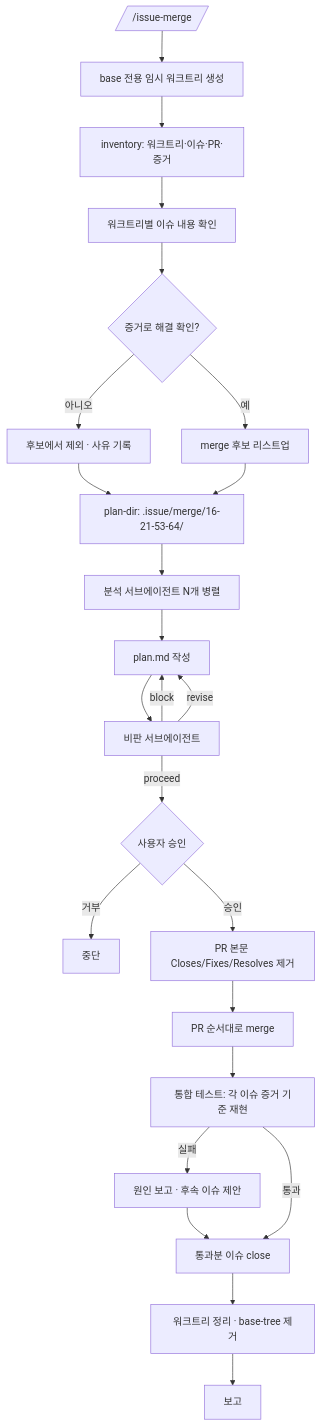
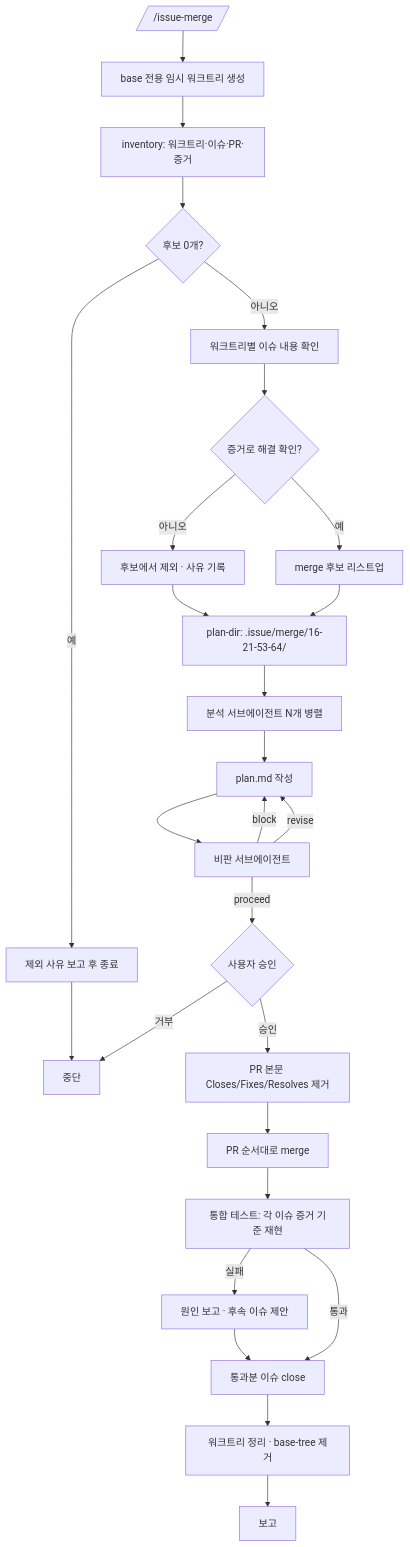
The diagram in .codex/skills/issue-merge/SKILL.md (Mineru98/skills-store), drawn with Mermaid before and after one commit. The commit also changed other lines of this file and 5 other files, not shown here.

````diff
--- a/.codex/skills/issue-merge/SKILL.md
+++ b/.codex/skills/issue-merge/SKILL.md
@@ -69,25 +69,27 @@
 ```mermaid
 flowchart TD
     A[/"/issue-merge"/] --> B[base 전용 임시 워크트리 생성]
     B --> C[inventory: 워크트리·이슈·PR·증거]
-    C --> D[워크트리별 이슈 내용 확인]
+    C --> C0{후보 0개?}
+    C0 -- 예 --> C1[제외 사유 보고 후 종료] --> Z
+    C0 -- 아니오 --> D[워크트리별 이슈 내용 확인]
     D --> E{증거로 해결 확인?}
     E -- 아니오 --> E1[후보에서 제외 · 사유 기록] --> F
     E -- 예 --> E2[merge 후보 리스트업] --> F
 
     F[plan-dir: .issue/merge/16-21-53-64/] --> G[분석 서브에이전트 N개 병렬]
     G --> H[plan.md 작성]
     H --> I[비판 서브에이전트]
     I -- block --> H
     I -- revise --> H
     I -- proceed --> J{사용자 승인}
 
     J -- 거부 --> Z[중단]
     J -- 승인 --> K0[PR 본문 Closes/Fixes/Resolves 제거]
     K0 --> K[PR 순서대로 merge]
     K --> L[통합 테스트: 각 이슈 증거 기준 재현]
     L -- 실패 --> L1[원인 보고 · 후속 이슈 제안] --> M
     L -- 통과 --> M[통과분 이슈 close]
     M --> N[워크트리 정리 · base-tree 제거]
     N --> O[보고]
 ```
````
